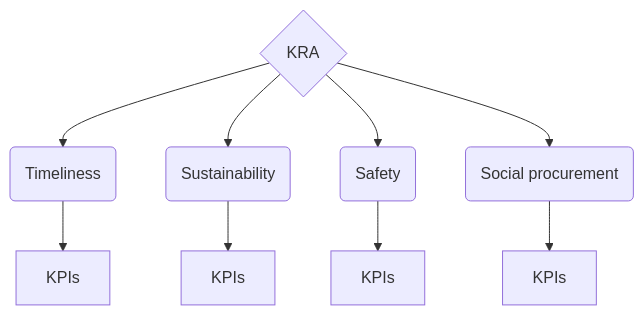
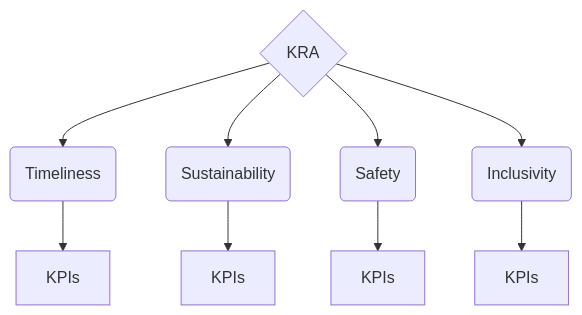
The second of 2 diagrams in template/template.qmd (arinbaruah/capital_delivery_model_analysis), drawn with Mermaid before and after one commit. The commit also changed other lines of this file and 13 other files, not shown here.

````diff
--- a/template/template.qmd
+++ b/template/template.qmd
@@ -26,12 +32,12 @@
 ```{mermaid}
 flowchart TB
   A{KRA} --> B(Timeliness)
   A{KRA} --> C(Sustainability)
   A{KRA} --> D(Safety)
-  A{KRA} --> E(Social procurement)
+  A{KRA} --> E(Inclusivity)
   
   B --> F[KPIs]
   C --> G[KPIs]
   D --> H[KPIs]
   E --> I[KPIs]
 ```
````
